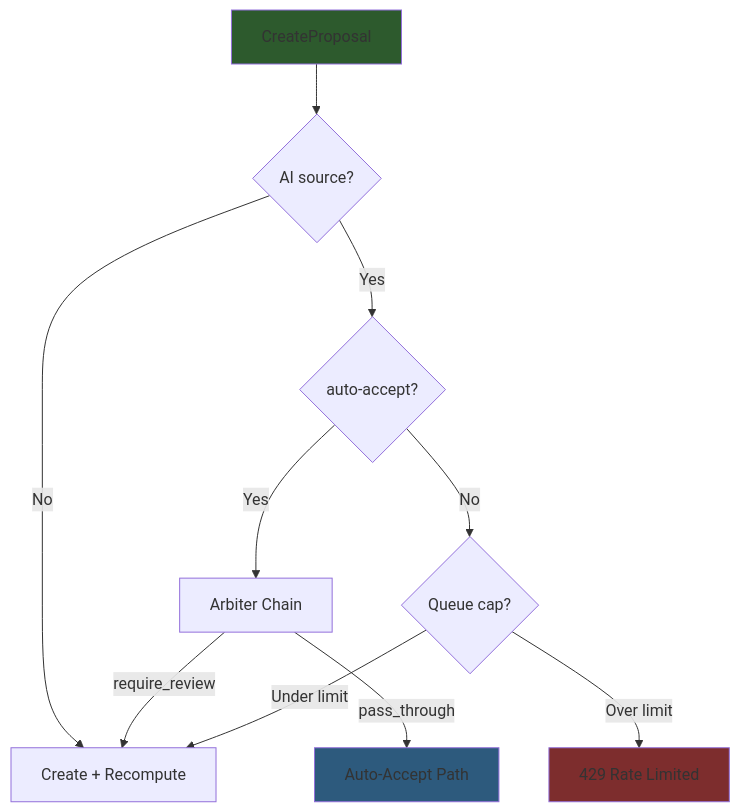
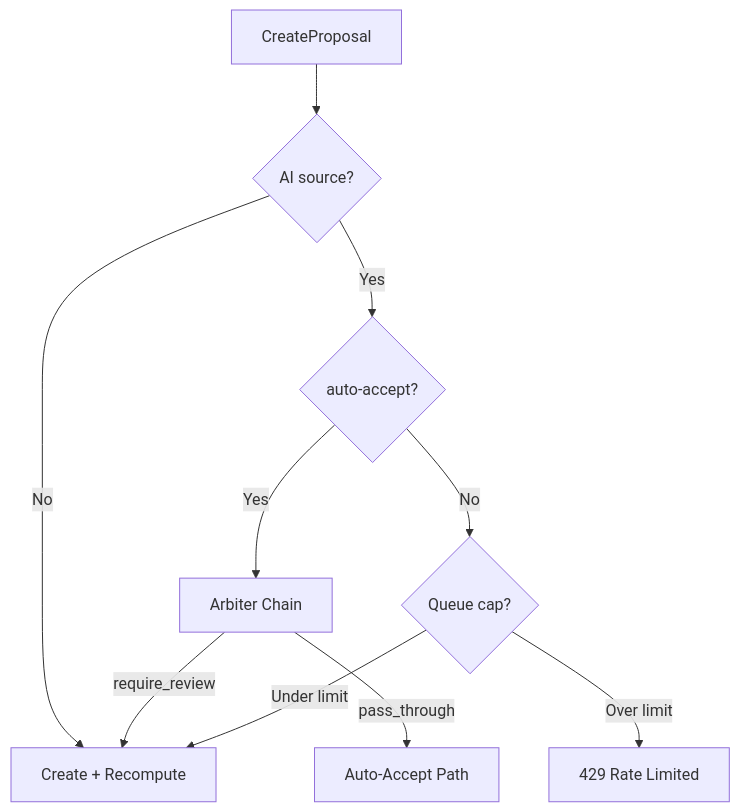
Before and after one commit to haowjy/meridian-flow: the diagram in _docs/features/b-collab-arbitration/README.md, drawn with Mermaid. The commit also changed 46 other files, not shown here.

````diff
--- a/_docs/features/b-collab-arbitration/README.md
+++ b/_docs/features/b-collab-arbitration/README.md
@@ -50,16 +50,13 @@
 ```mermaid
 flowchart TD
     A["CreateProposal"] --> B{"AI source?"}
     B -->|Yes| C{"auto-accept?"}
     B -->|No| D["Create + Recompute"]
     C -->|Yes| E["Arbiter Chain"]
     E -->|require_review| D
     E -->|pass_through| F["Auto-Accept Path"]
     C -->|No| G{"Queue cap?"}
     G -->|Under limit| D
     G -->|Over limit| H["429 Rate Limited"]
 
-    style A fill:#2d5a2d
-    style F fill:#2d5a7d
-    style H fill:#7d2d2d
 ```
````
